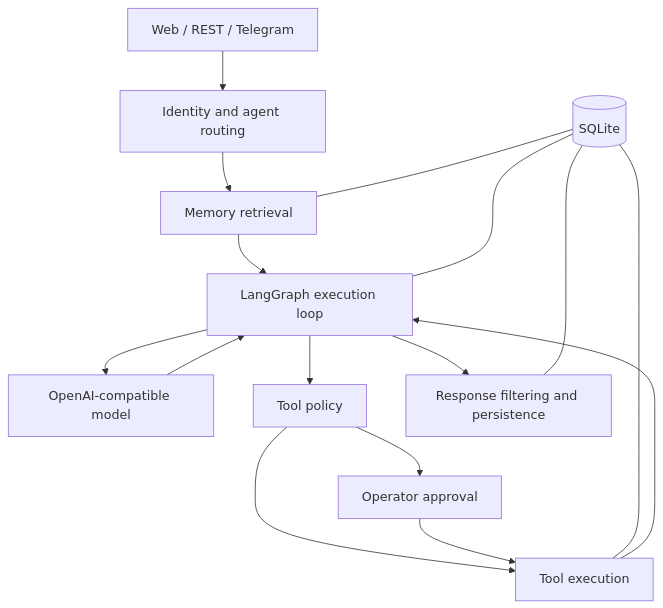
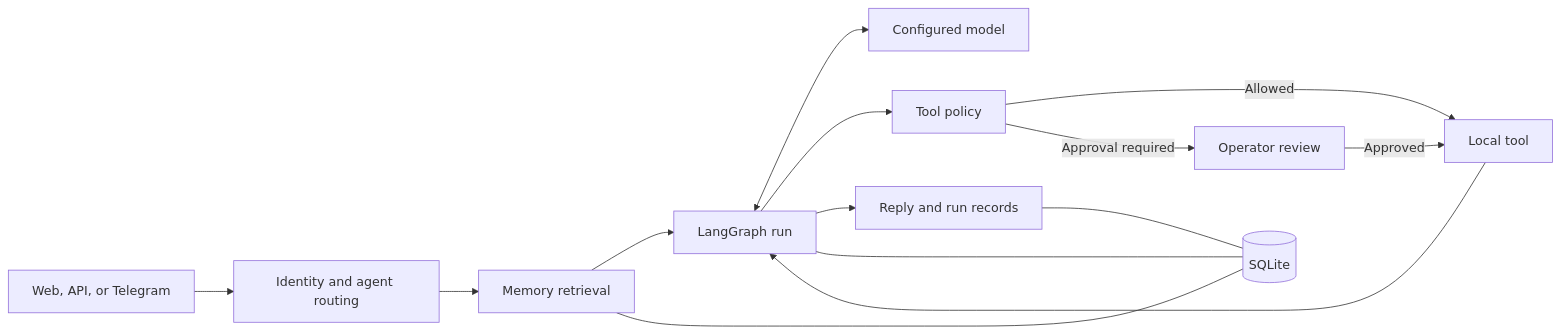
One commit to Aditya-Jain-01/Poseidon changed the diagram in README.md. Above: the diagram before and after it, drawn with Mermaid. The commit also changed other lines of this file, not shown here.

````diff
--- a/README.md
+++ b/README.md
@@ -21,18 +20,16 @@
 ```mermaid
-flowchart TD
-    A[Web / REST / Telegram] --> B[Identity and agent routing]
+flowchart LR
+    A[Web, API, or Telegram] --> B[Identity and agent routing]
     B --> C[Memory retrieval]
-    C --> D[LangGraph execution loop]
-    D --> E[OpenAI-compatible model]
-    E --> D
+    C --> D[LangGraph run]
+    D <--> E[Configured model]
     D --> F[Tool policy]
-    F --> G[Operator approval]
-    F --> H[Tool execution]
-    G --> H
-    H --> D
-    D --> I[Response filtering and persistence]
-    J[(SQLite)] --- C
-    J --- D
-    J --- H
-    J --- I
+    F -->|Allowed| G[Local tool]
+    F -->|Approval required| H[Operator review]
+    H -->|Approved| G
+    G --> D
+    D --> I[Reply and run records]
+    C --- J[(SQLite)]
+    D --- J
+    I --- J
 ```
````
